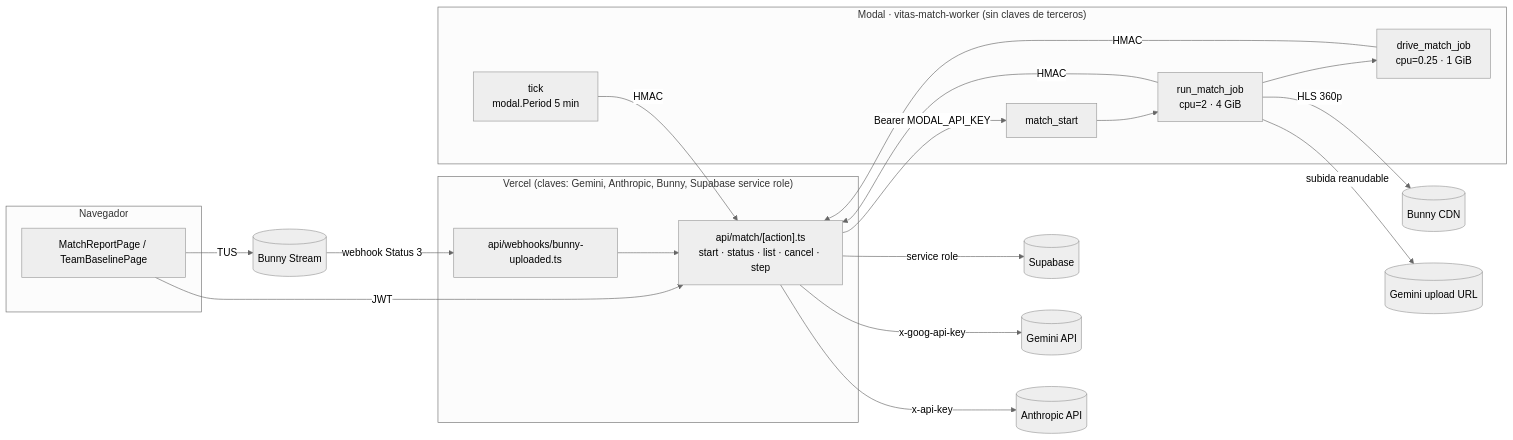
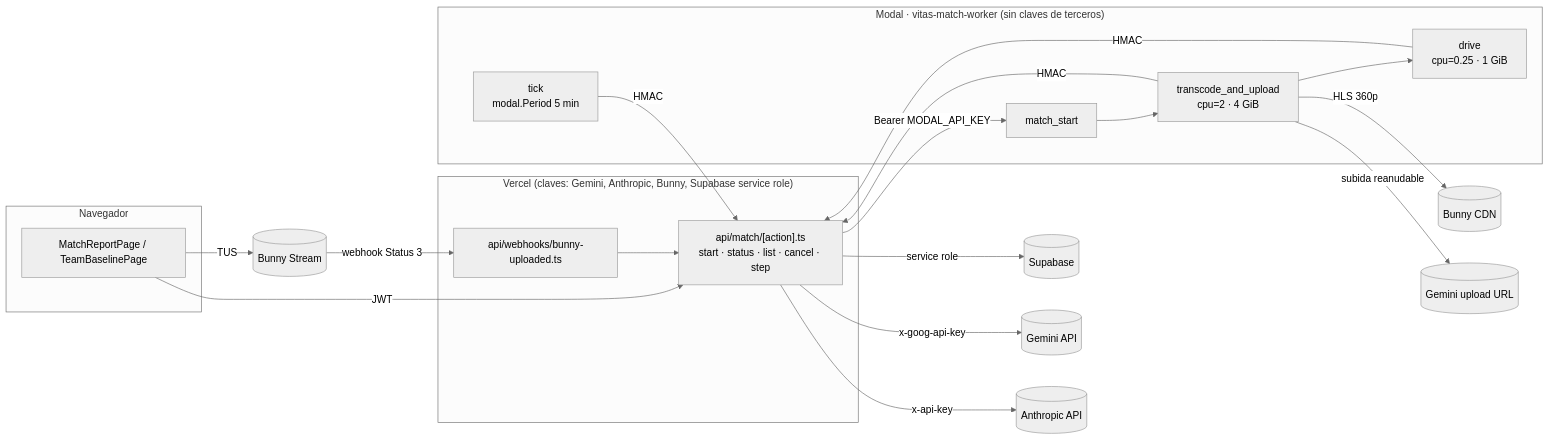
Before and after one commit to fredparedes58-ui/futuro-club: the first of 2 diagrams in docs/diseno-partido-completo.md, drawn with Mermaid (neutral theme). The commit also changed other lines of this file and 2 other files, not shown here.

First line of the commit message:
docs(match): worker deploy/secret checklist, cost notes and design updates

````diff
--- a/docs/diseno-partido-completo.md
+++ b/docs/diseno-partido-completo.md
@@ -67,27 +67,27 @@
 ```mermaid
 flowchart LR
   subgraph Navegador
     UI[MatchReportPage / TeamBaselinePage]
   end
   subgraph Vercel["Vercel (claves: Gemini, Anthropic, Bunny, Supabase service role)"]
     M["api/match/[action].ts<br/>start · status · list · cancel · step"]
     WH[api/webhooks/bunny-uploaded.ts]
   end
   subgraph Modal["Modal · vitas-match-worker (sin claves de terceros)"]
     MS[match_start]
-    RJ[run_match_job<br/>cpu=2 · 4 GiB]
-    DR[drive_match_job<br/>cpu=0.25 · 1 GiB]
+    RJ[transcode_and_upload<br/>cpu=2 · 4 GiB]
+    DR[drive<br/>cpu=0.25 · 1 GiB]
     TK[tick<br/>modal.Period 5 min]
   end
   UI -- TUS --> BUNNY[(Bunny Stream)]
   UI -- JWT --> M
   M -- service role --> SB[(Supabase)]
   M -- Bearer MODAL_API_KEY --> MS
   MS --> RJ --> DR
   RJ -- HLS 360p --> CDN[(Bunny CDN)]
   RJ -- subida reanudable --> GUP[(Gemini upload URL)]
   RJ & DR & TK -- HMAC --> M
   M -- x-goog-api-key --> GEM[(Gemini API)]
   M -- x-api-key --> ANT[(Anthropic API)]
   BUNNY -- webhook Status 3 --> WH --> M
 ```
````
